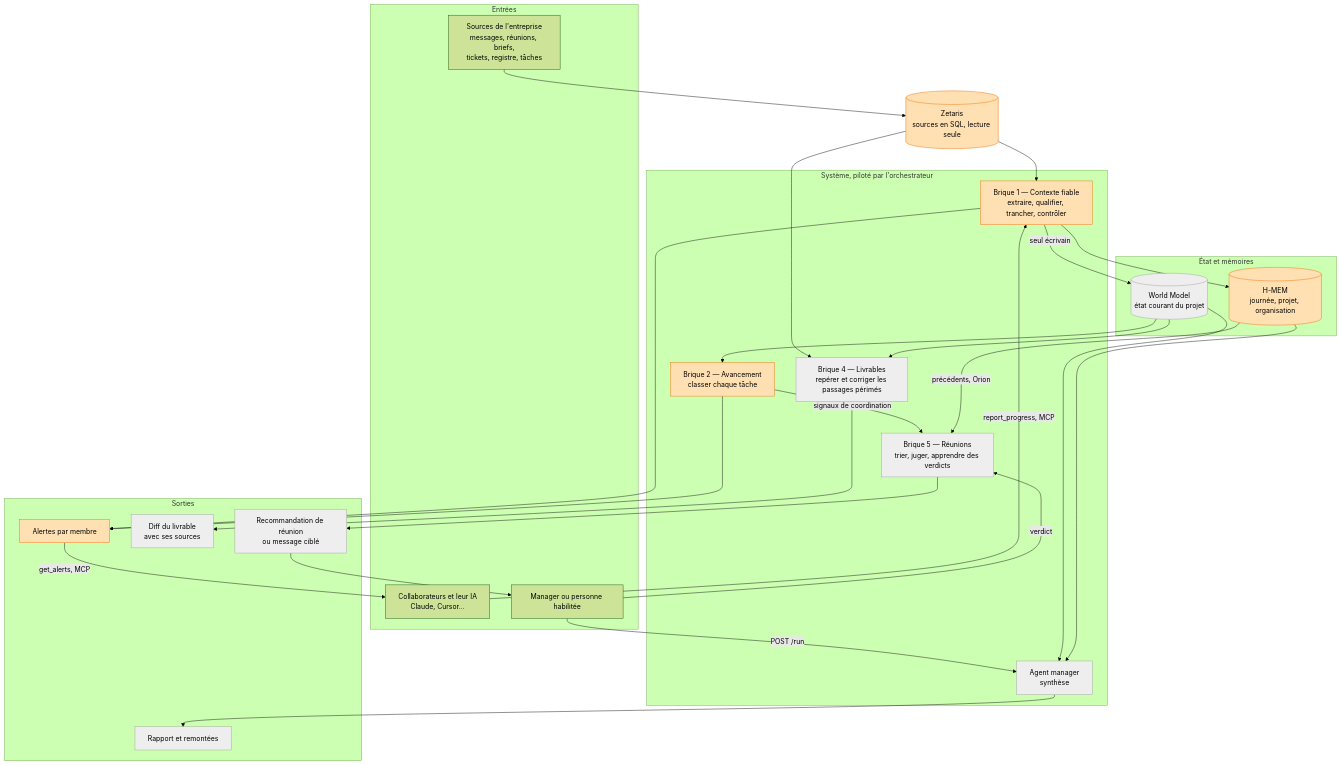
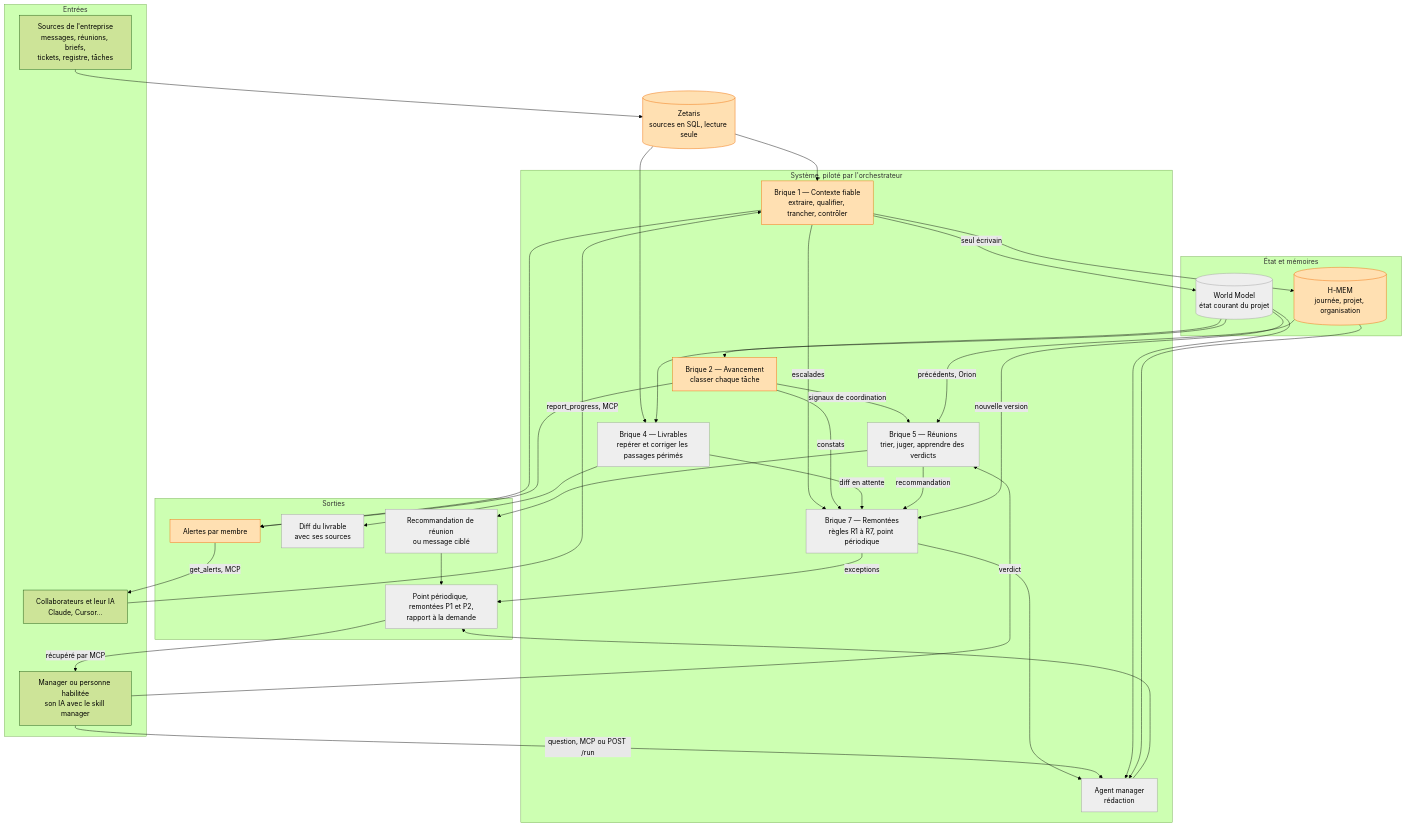
The first of 3 diagrams in docs/architecture.md (abouchet109-del/Hackathon-GenAI-public), drawn with Mermaid (forest theme) before and after one commit. The commit also changed other lines of this file and 5 other files, not shown here.

First line of the commit message:
Add brique 7: escalations to the manager and the manager view

````diff
--- a/docs/architecture.md
+++ b/docs/architecture.md
@@ -15,58 +15,67 @@
 ```mermaid
 flowchart TD
   subgraph IN["Entrées"]
     SRC["Sources de l'entreprise<br/>messages, réunions, briefs,<br/>tickets, registre, tâches"]
     COL["Collaborateurs et leur IA<br/>Claude, Cursor..."]
-    MAN["Manager ou personne habilitée"]
+    MAN["Manager ou personne habilitée<br/>son IA avec le skill manager"]
   end
 
   ZET[("Zetaris<br/>sources en SQL, lecture seule")]
 
   subgraph SYS["Système, piloté par l'orchestrateur"]
     B1["Brique 1 — Contexte fiable<br/>extraire, qualifier, trancher, contrôler"]
     B2["Brique 2 — Avancement<br/>classer chaque tâche"]
     B4["Brique 4 — Livrables<br/>repérer et corriger les passages périmés"]
     B5["Brique 5 — Réunions<br/>trier, juger, apprendre des verdicts"]
-    AM["Agent manager<br/>synthèse"]
+    B7["Brique 7 — Remontées<br/>règles R1 à R7, point périodique"]
+    AM["Agent manager<br/>rédaction"]
   end
 
   subgraph MEM["État et mémoires"]
     WM[("World Model<br/>état courant du projet")]
     HM[("H-MEM<br/>journée, projet, organisation")]
   end
 
   subgraph OUT["Sorties"]
     AL["Alertes par membre"]
     DIFF["Diff du livrable<br/>avec ses sources"]
     REC["Recommandation de réunion<br/>ou message ciblé"]
-    REP["Rapport et remontées"]
+    REP["Point périodique, remontées P1 et P2,<br/>rapport à la demande"]
   end
 
   SRC --> ZET
   ZET --> B1
   ZET --> B4
   COL -->|"report_progress, MCP"| B1
   B1 -->|"seul écrivain"| WM
   B1 --> HM
   WM --> B2
   WM --> B4
   B2 -->|"signaux de coordination"| B5
   HM -->|"précédents, Orion"| B5
   B1 --> AL
   B2 --> AL
   B4 --> DIFF
   B5 --> REC
   AL -->|"get_alerts, MCP"| COL
-  REC --> MAN
+  B1 -->|"escalades"| B7
+  B2 -->|"constats"| B7
+  B4 -->|"diff en attente"| B7
+  B5 -->|"recommandation"| B7
+  WM -->|"nouvelle version"| B7
+  B7 --> AM
   MAN -->|"verdict"| B5
-  MAN -->|"POST /run"| AM
+  MAN -->|"question, MCP ou POST /run"| AM
   WM --> AM
   HM --> AM
   AM --> REP
+  B7 -->|"exceptions"| REP
+  REP -->|"récupéré par MCP"| MAN
+  REC --> REP
 
   classDef done fill:#c8e6c9,stroke:#2e7d32,color:#000
   classDef partial fill:#ffe0b2,stroke:#ef6c00,color:#000
   classDef todo fill:#eeeeee,stroke:#9e9e9e,color:#000
   class B1,B2,AL,ZET,HM partial
-  class B4,B5,AM,WM,DIFF,REC,REP todo
+  class B4,B5,B7,AM,WM,DIFF,REC,REP todo
 ```
````
